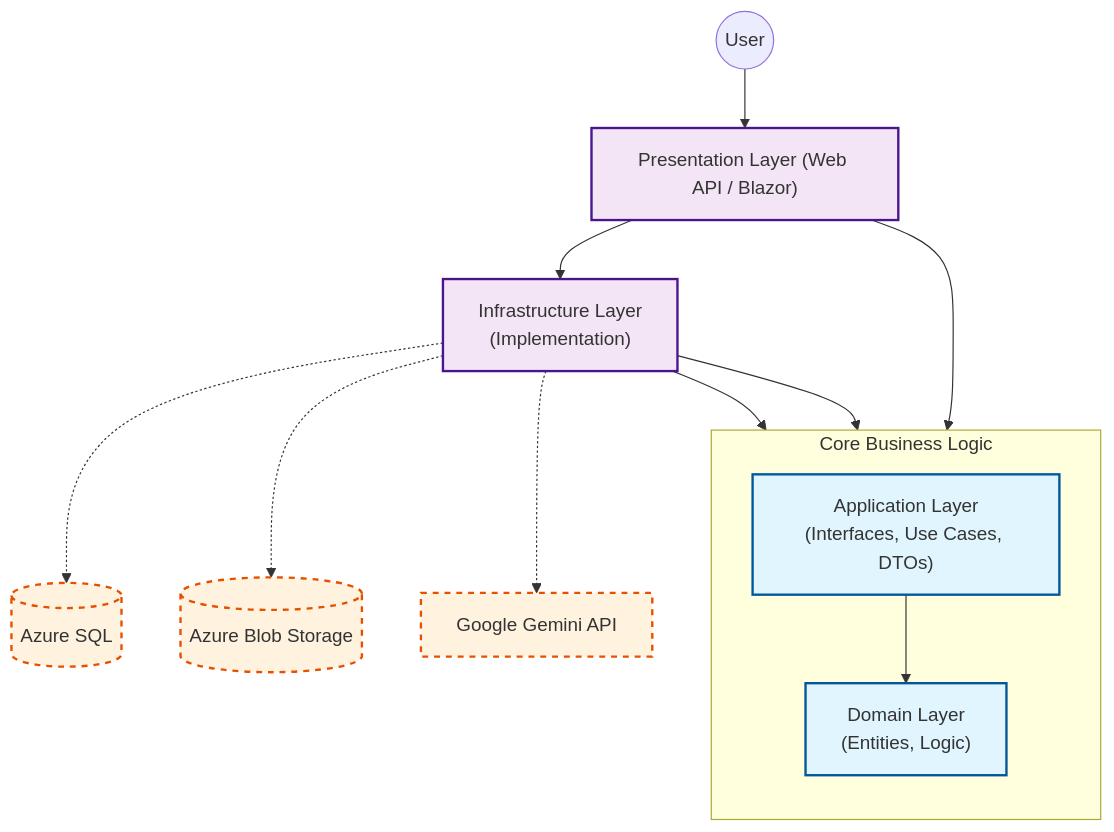
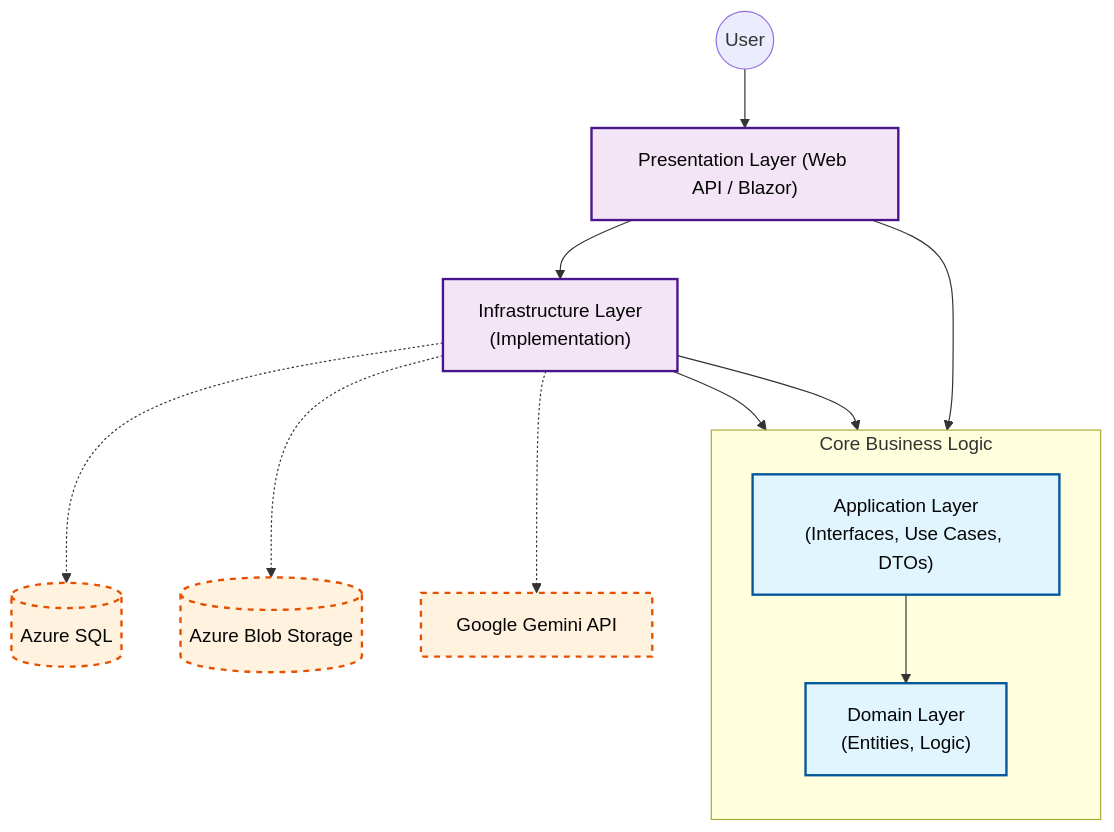
The diagram in README.md (maerciops/CareerOps), drawn with Mermaid before and after one commit. The commit also changed other lines of this file, not shown here.

````diff
--- a/README.md
+++ b/README.md
@@ -20,33 +29,33 @@
 ```mermaid
 graph TD
     %% Atores e Camadas Externas
     User((User)) --> API["Presentation Layer (Web API / Blazor)"]
 
     %% Fluxo de Dependências (Quem conhece quem)
     subgraph Core ["Core Business Logic"]
         direction TB
         Application["Application Layer<br/>(Interfaces, Use Cases, DTOs)"] --> Domain["Domain Layer<br/>(Entities, Logic)"]
     end
 
     %% A API conhece a Infra para Injeção de Dependência (Composition Root)
     API --> Core
     API --> Infrastructure["Infrastructure Layer<br/>(Implementation)"]
 
     %% A Infra conhece o Core para implementar as Interfaces
     Infrastructure --> Application
     Infrastructure --> Domain
 
     %% Recursos Externos (Acessados pela Infra)
     Infrastructure -.-> DB[("Azure SQL")]
     Infrastructure -.-> Blob[("Azure Blob Storage")]
     Infrastructure -.-> AI["Google Gemini API"]
 
     %% Estilização
-    classDef core fill:#e1f5fe,stroke:#01579b,stroke-width:2px;
-    classDef infra fill:#f3e5f5,stroke:#4a148c,stroke-width:2px;
-    classDef ext fill:#fff3e0,stroke:#e65100,stroke-width:2px,stroke-dasharray: 5 5;
+    classDef core fill:#e1f5fe,stroke:#01579b,stroke-width:2px,color:#050505;
+    classDef infra fill:#f3e5f5,stroke:#4a148c,stroke-width:2px,color:#050505;
+    classDef ext fill:#fff3e0,stroke:#e65100,stroke-width:2px,stroke-dasharray: 5 5,color:#050505;
     
     class Domain,Application core;
     class Infrastructure,API infra;
     class DB,Blob,AI ext;
 ```
````
